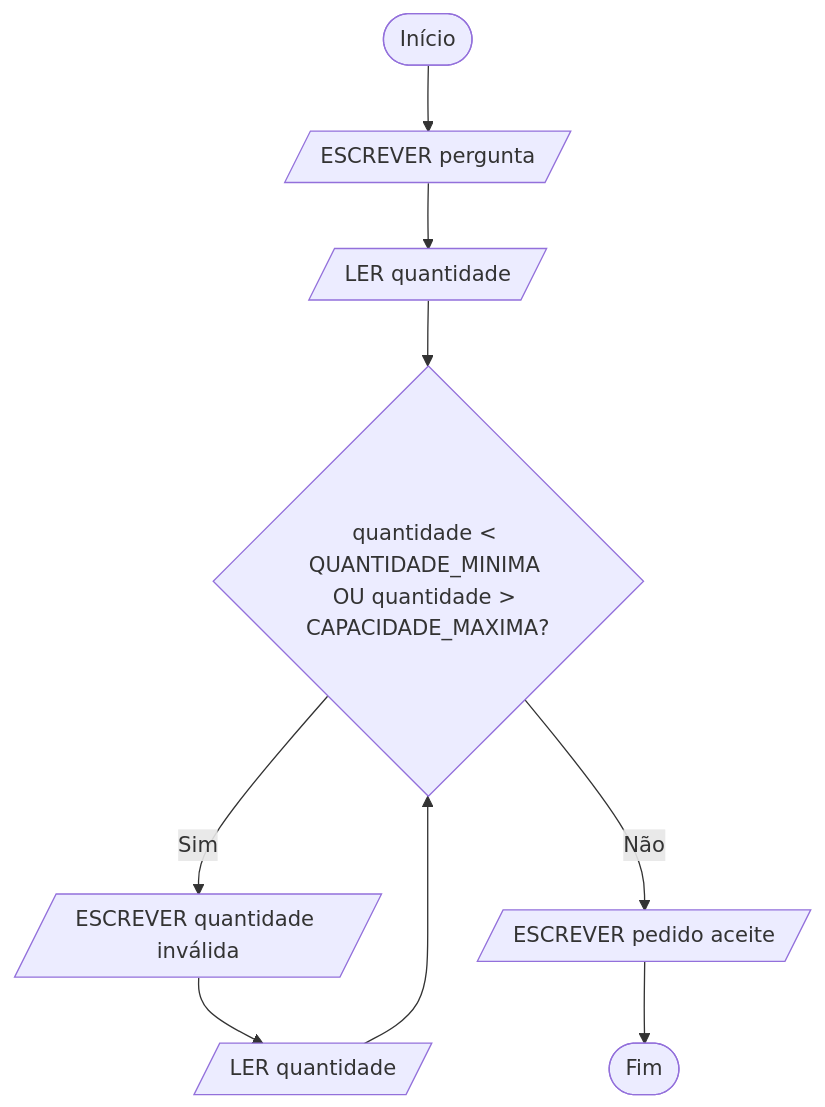
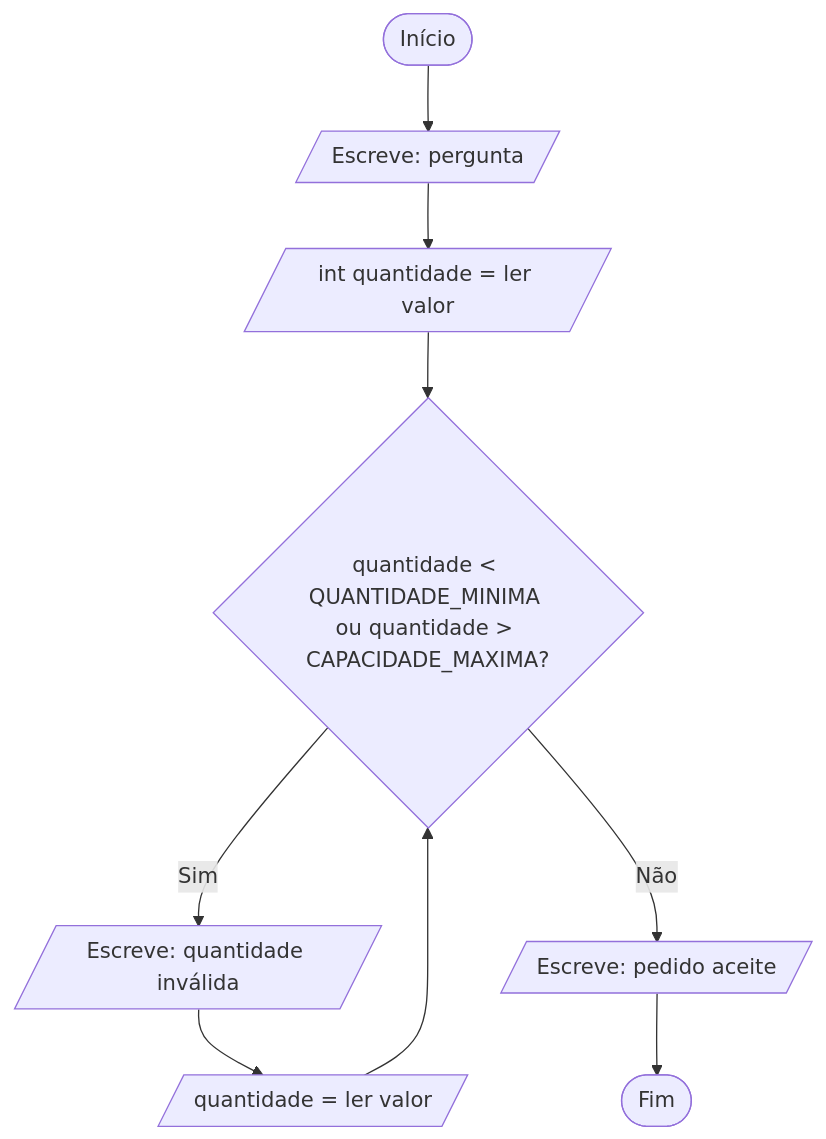
Before and after one commit to NunoMACastro/epms-2627-1ig-lp: the third of 4 diagrams in 01-algoritmos/04-repeticao-e-padroes.md, drawn with Mermaid. The commit also changed other lines of this file and 10 other files, not shown here.

````diff
--- a/01-algoritmos/04-repeticao-e-padroes.md
+++ b/01-algoritmos/04-repeticao-e-padroes.md
@@ -695,11 +679,11 @@
 ```mermaid
 flowchart TD
-    A([Início]) --> B[/ESCREVER pergunta/]
-    B --> C[/LER quantidade/]
-    C --> D{"quantidade < QUANTIDADE_MINIMA OU quantidade > CAPACIDADE_MAXIMA?"}
-    D -->|Sim| E[/ESCREVER quantidade inválida/]
-    E --> F[/LER quantidade/]
+    A([Início]) --> B[/"Escreve: pergunta"/]
+    B --> C[/"int quantidade = ler valor"/]
+    C --> D{"quantidade < QUANTIDADE_MINIMA ou quantidade > CAPACIDADE_MAXIMA?"}
+    D -->|Sim| E[/"Escreve: quantidade inválida"/]
+    E --> F[/"quantidade = ler valor"/]
     F --> D
-    D -->|Não| G[/ESCREVER pedido aceite/]
+    D -->|Não| G[/"Escreve: pedido aceite"/]
     G --> Z([Fim])
 ```
````
